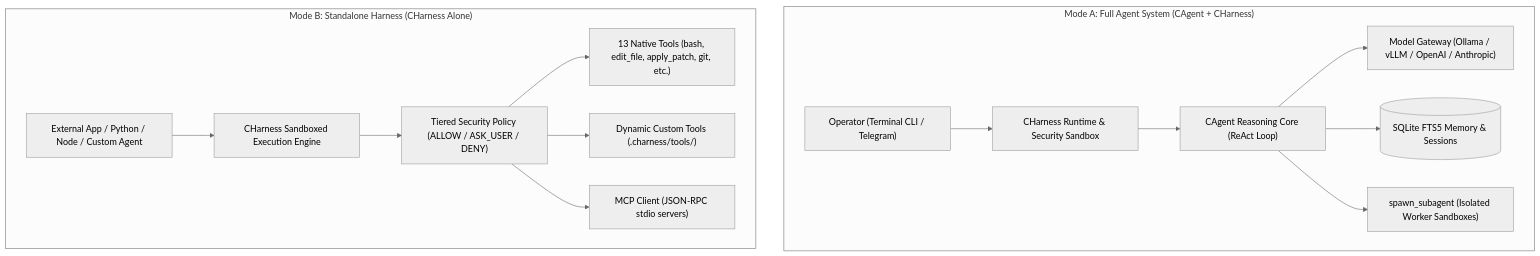
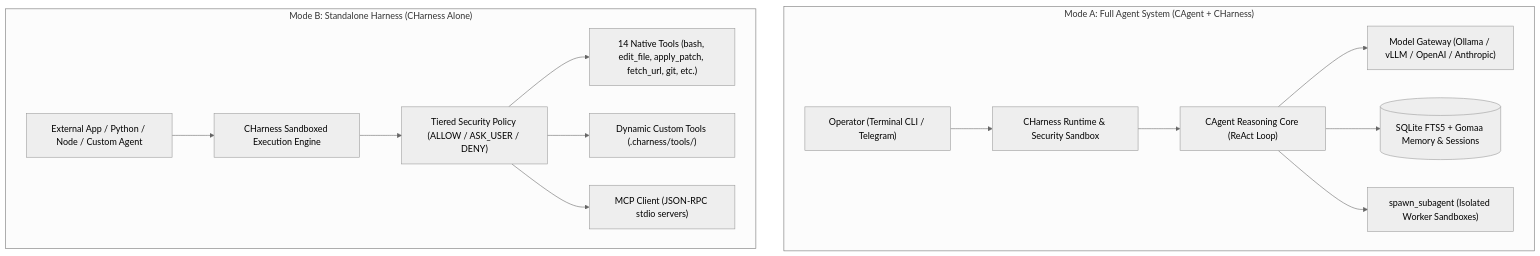
The first of 2 diagrams in README.md (M4F-S/Belya), drawn with Mermaid (neutral theme) before and after one commit. The commit also changed other lines of this file and 7 other files, not shown here.

Commit message:
Evolution 3.0: Pre-Flight Compiler Watchdog, Gomaa Memory Scoping, Native fetch_url & Prompt Cache Breakpoints

````diff
--- a/README.md
+++ b/README.md
@@ -16,18 +16,18 @@
 ```mermaid
 graph TD
     subgraph "Mode A: Full Agent System (CAgent + CHarness)"
         User["Operator (Terminal CLI / Telegram)"] --> H["CHarness Runtime & Security Sandbox"]
         H --> A["CAgent Reasoning Core (ReAct Loop)"]
         A --> GW["Model Gateway (Ollama / vLLM / OpenAI / Anthropic)"]
-        A --> DB[("SQLite FTS5 Memory & Sessions")]
+        A --> DB[("SQLite FTS5 + Gomaa Memory & Sessions")]
         A --> SUB["spawn_subagent (Isolated Worker Sandboxes)"]
     end
 
     subgraph "Mode B: Standalone Harness (CHarness Alone)"
         Ext["External App / Python / Node / Custom Agent"] --> H2["CHarness Sandboxed Execution Engine"]
         H2 --> SEC["Tiered Security Policy (ALLOW / ASK_USER / DENY)"]
-        SEC --> T1["13 Native Tools (bash, edit_file, apply_patch, git, etc.)"]
+        SEC --> T1["14 Native Tools (bash, edit_file, apply_patch, fetch_url, git, etc.)"]
         SEC --> T2["Dynamic Custom Tools (.charness/tools/)"]
         SEC --> T3["MCP Client (JSON-RPC stdio servers)"]
     end
 ```
````
